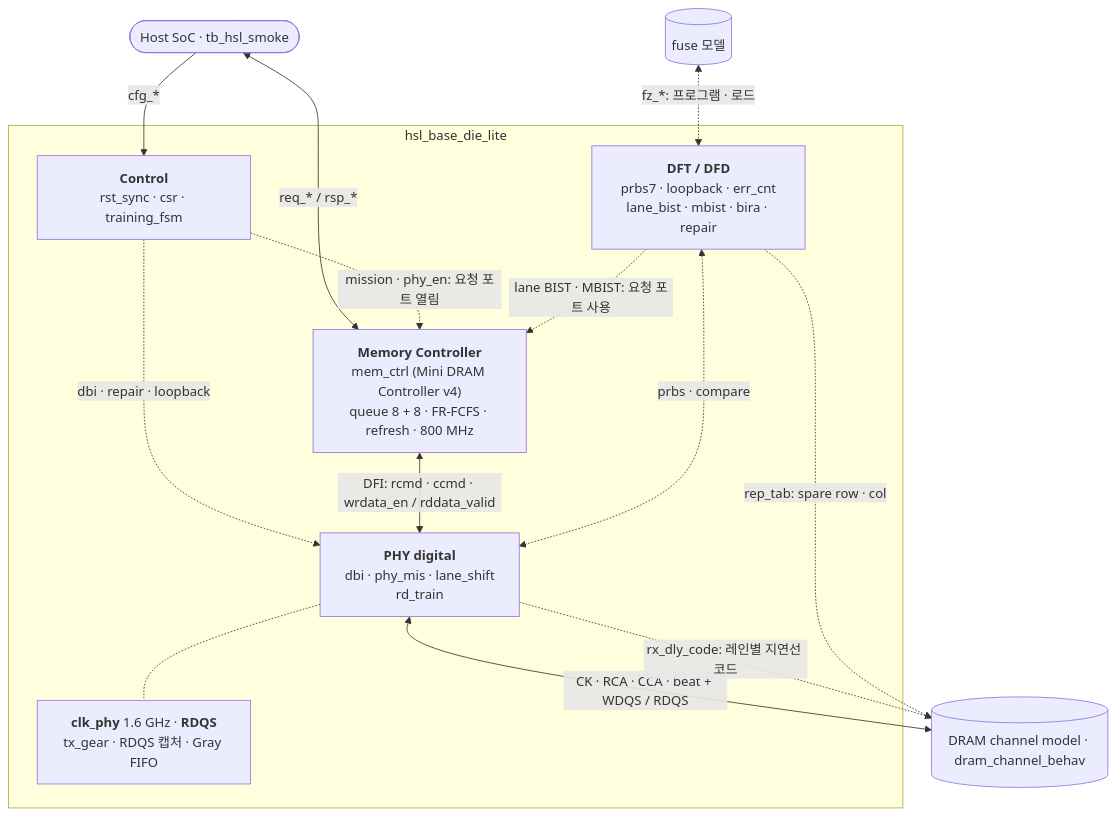
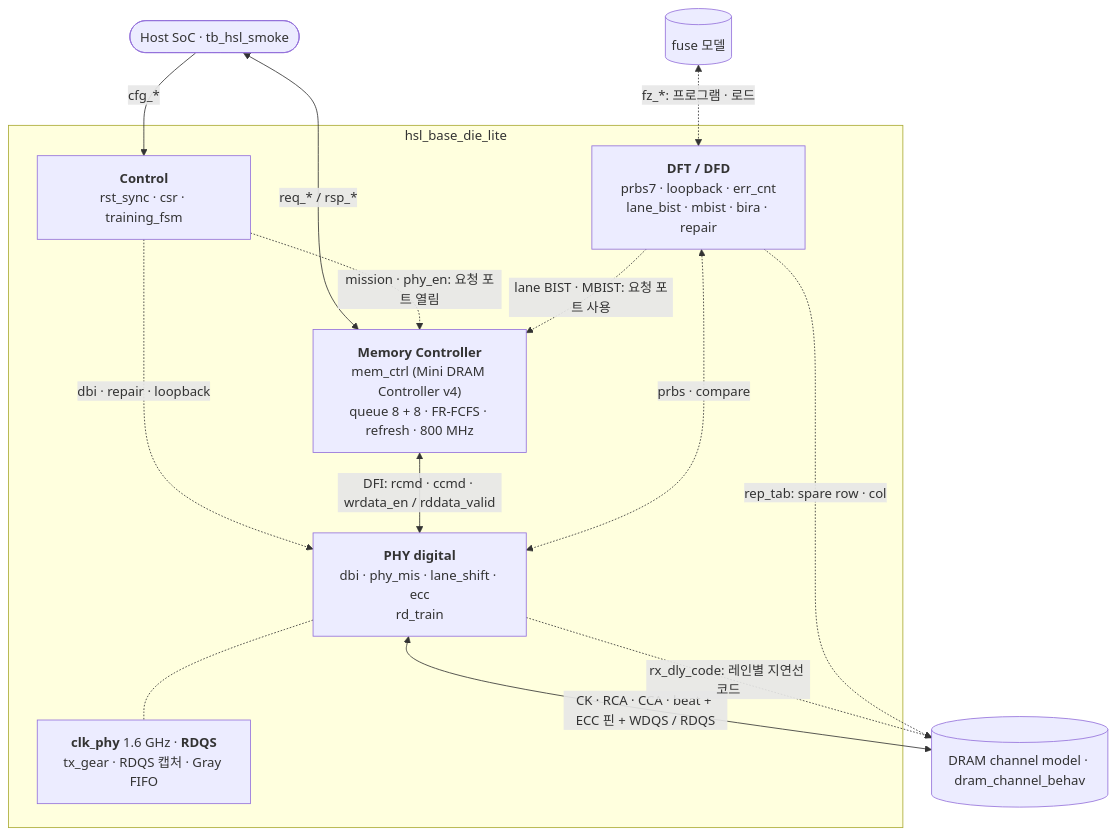
The diagram in README.md (yhkwon-git/High_Speed_Link_Lite), drawn with Mermaid before and after one commit. The commit also changed other lines of this file and 6 other files, not shown here.

````diff
--- a/README.md
+++ b/README.md
@@ -56,24 +56,24 @@
 ```mermaid
 flowchart TB
   HOST(["Host SoC · tb_hsl_smoke"])
   subgraph TOP["hsl_base_die_lite"]
     CTRL["<b>Control</b><br/>rst_sync · csr · training_fsm"]
     MC["<b>Memory Controller</b><br/>mem_ctrl (Mini DRAM Controller v4)<br/>queue 8 + 8 · FR-FCFS · refresh · 800 MHz"]
-    PHY["<b>PHY digital</b><br/>dbi · phy_mis · lane_shift<br/>rd_train"]
+    PHY["<b>PHY digital</b><br/>dbi · phy_mis · lane_shift · ecc<br/>rd_train"]
     DFT["<b>DFT / DFD</b><br/>prbs7 · loopback · err_cnt<br/>lane_bist · mbist · bira · repair"]
     CDC["<b>clk_phy</b> 1.6 GHz · <b>RDQS</b><br/>tx_gear · RDQS 캡처 · Gray FIFO"]
   end
   DRAM[("DRAM channel model · dram_channel_behav")]
   HOST -->|"cfg_*"| CTRL
   HOST <-->|"req_* / rsp_*"| MC
   CTRL -.->|"mission · phy_en: 요청 포트 열림"| MC
   CTRL -.->|"dbi · repair · loopback"| PHY
   MC <-->|"DFI: rcmd · ccmd · wrdata_en / rddata_valid"| PHY
   DFT <-.->|"prbs · compare"| PHY
   DFT -.->|"lane BIST · MBIST: 요청 포트 사용"| MC
   PHY -.- CDC
-  PHY <-->|"CK · RCA · CCA · beat + WDQS / RDQS"| DRAM
+  PHY <-->|"CK · RCA · CCA · beat + ECC 핀 + WDQS / RDQS"| DRAM
   PHY -.->|"rx_dly_code: 레인별 지연선 코드"| DRAM
   DFT -.->|"rep_tab: spare row · col"| DRAM
   FUSE[("fuse 모델")] <-.->|"fz_*: 프로그램 · 로드"| DFT
 ```
````
